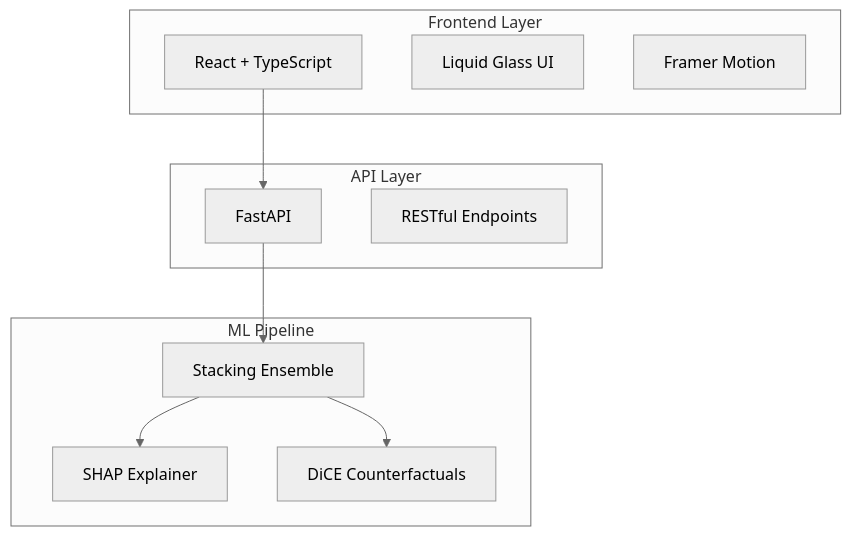
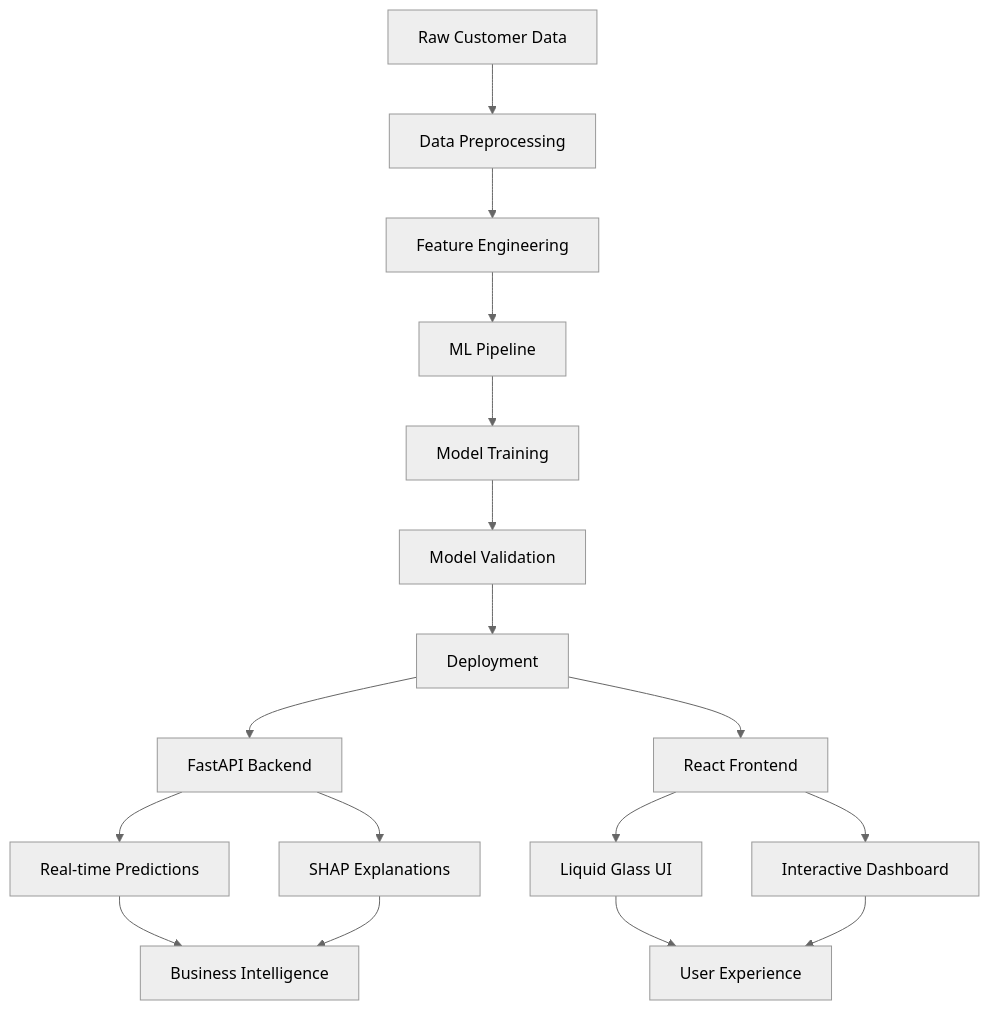
The diagram in README.md (S-T-R-A-N-G-E-R/churn_prediction_app), drawn with Mermaid (neutral theme) before and after one commit. The commit also changed other lines of this file and 4 other files, not shown here.

````diff
--- a/README.md
+++ b/README.md
@@ -137,24 +146,22 @@
 ```mermaid
 graph TB
-    subgraph "Frontend Layer"
-        A[React + TypeScript]
-        B[Liquid Glass UI]
-        C[Framer Motion]
-    end
+    A[Raw Customer Data] --> B[Data Preprocessing]
+    B --> C[Feature Engineering]
+    C --> D[ML Pipeline]
+    D --> E[Model Training]
+    E --> F[Model Validation]
+    F --> G[Deployment]
     
-    subgraph "API Layer"
-        D[FastAPI]
-        E[RESTful Endpoints]
-    end
+    G --> H[FastAPI Backend]
+    G --> I[React Frontend]
     
-    subgraph "ML Pipeline"
-        F[Stacking Ensemble]
-        G[SHAP Explainer]
-        H[DiCE Counterfactuals]
-    end
+    H --> J[Real-time Predictions]
+    H --> K[SHAP Explanations]
+    I --> L[Liquid Glass UI]
+    I --> M[Interactive Dashboard]
     
-    A --> D
-    D --> F
-    F --> G
-    F --> H
+    J --> N[Business Intelligence]
+    K --> N
+    L --> O[User Experience]
+    M --> O
 ```
````
